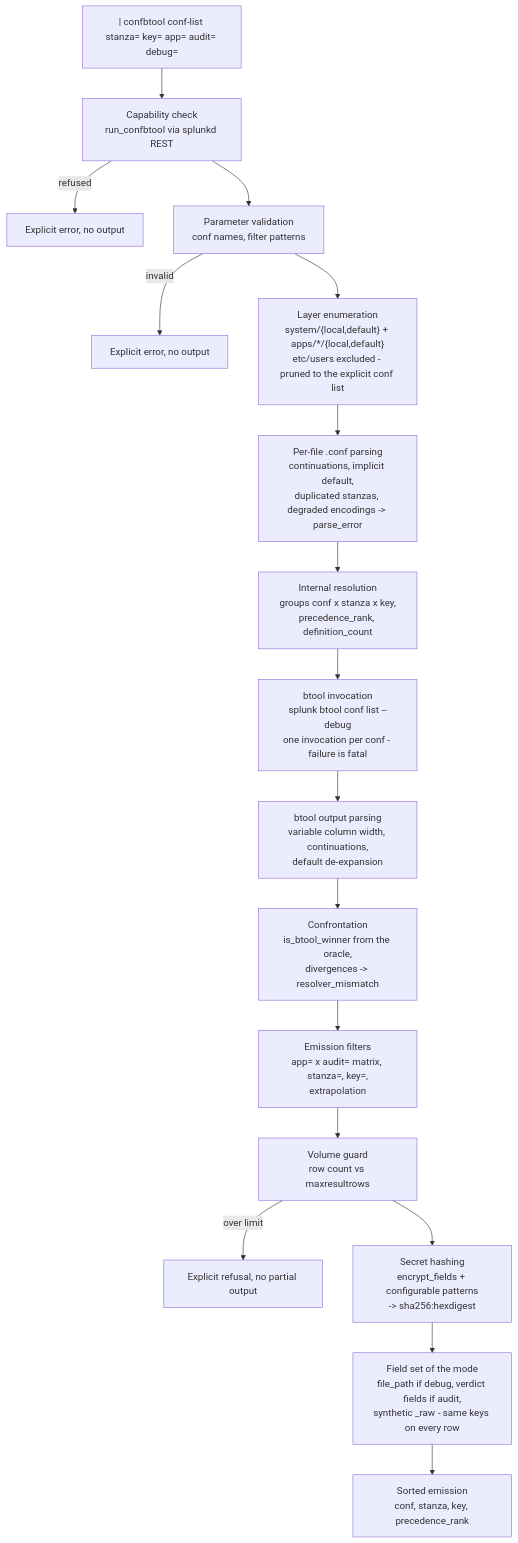
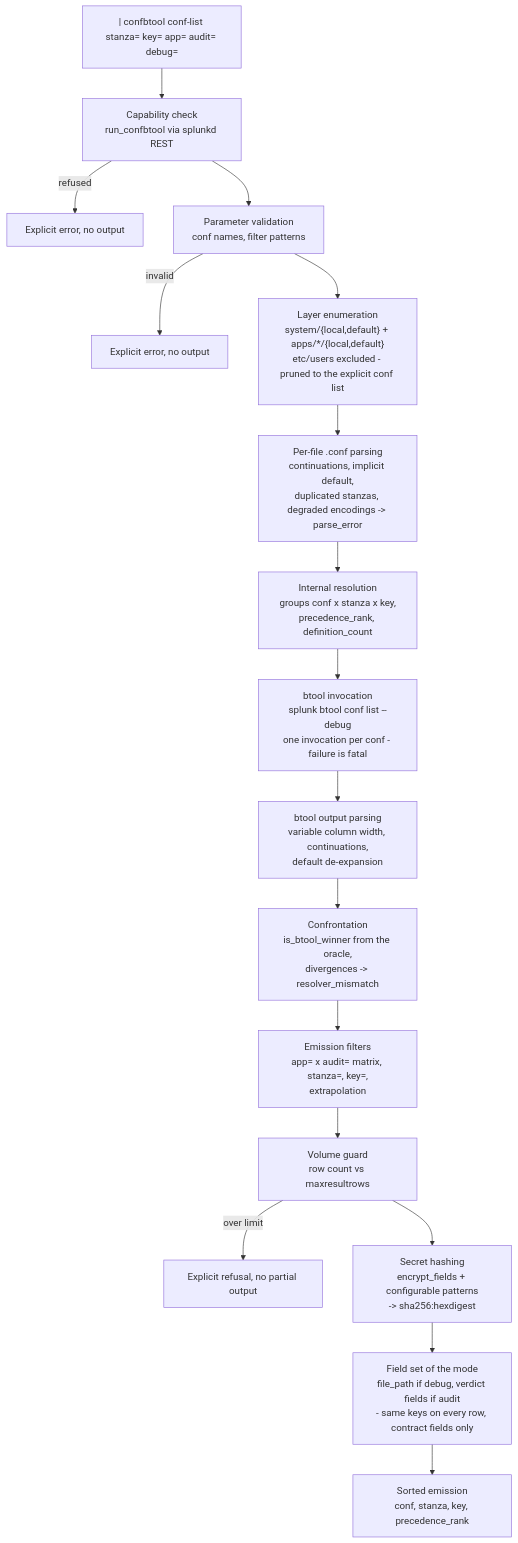
Before and after one commit to rafiki31130/SA-conf-audit: the diagram in README.md, drawn with Mermaid. The commit also changed other lines of this file and 5 other files, not shown here.

````diff
--- a/README.md
+++ b/README.md
@@ -230,19 +225,19 @@
 ```mermaid
 flowchart TD
     A["| confbtool conf-list stanza= key= app= audit= debug="] --> B["Capability check<br/>run_confbtool via splunkd REST"]
     B -- refused --> B1["Explicit error, no output"]
     B --> C["Parameter validation<br/>conf names, filter patterns"]
     C -- invalid --> C1["Explicit error, no output"]
     C --> D["Layer enumeration<br/>system/{local,default} + apps/*/{local,default}<br/>etc/users excluded - pruned to the explicit conf list"]
     D --> E["Per-file .conf parsing<br/>continuations, implicit default,<br/>duplicated stanzas, degraded encodings -> parse_error"]
     E --> F["Internal resolution<br/>groups conf x stanza x key,<br/>precedence_rank, definition_count"]
     F --> G["btool invocation<br/>splunk btool conf list --debug<br/>one invocation per conf - failure is fatal"]
     G --> H["btool output parsing<br/>variable column width, continuations,<br/>default de-expansion"]
     H --> I["Confrontation<br/>is_btool_winner from the oracle,<br/>divergences -> resolver_mismatch"]
     I --> J["Emission filters<br/>app= x audit= matrix, stanza=, key=,<br/>extrapolation"]
     J --> K["Volume guard<br/>row count vs maxresultrows"]
     K -- over limit --> K1["Explicit refusal, no partial output"]
     K --> L["Secret hashing<br/>encrypt_fields + configurable patterns<br/>-> sha256:hexdigest"]
-    L --> N["Field set of the mode<br/>file_path if debug, verdict fields if audit,<br/>synthetic _raw - same keys on every row"]
+    L --> N["Field set of the mode<br/>file_path if debug, verdict fields if audit<br/>- same keys on every row, contract fields only"]
     N --> M["Sorted emission<br/>conf, stanza, key, precedence_rank"]
 ```
````
